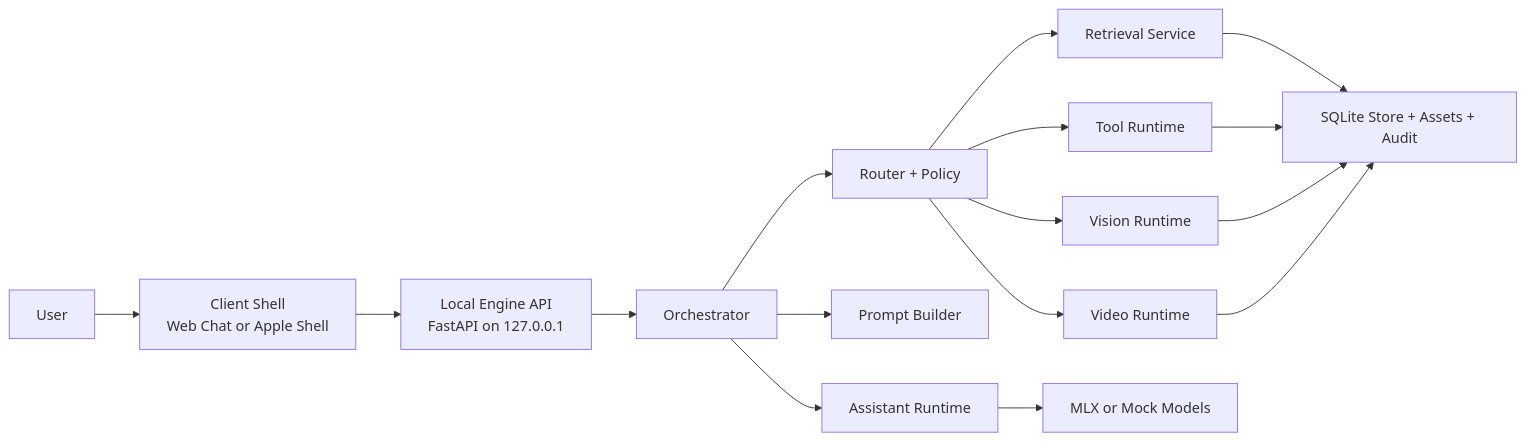
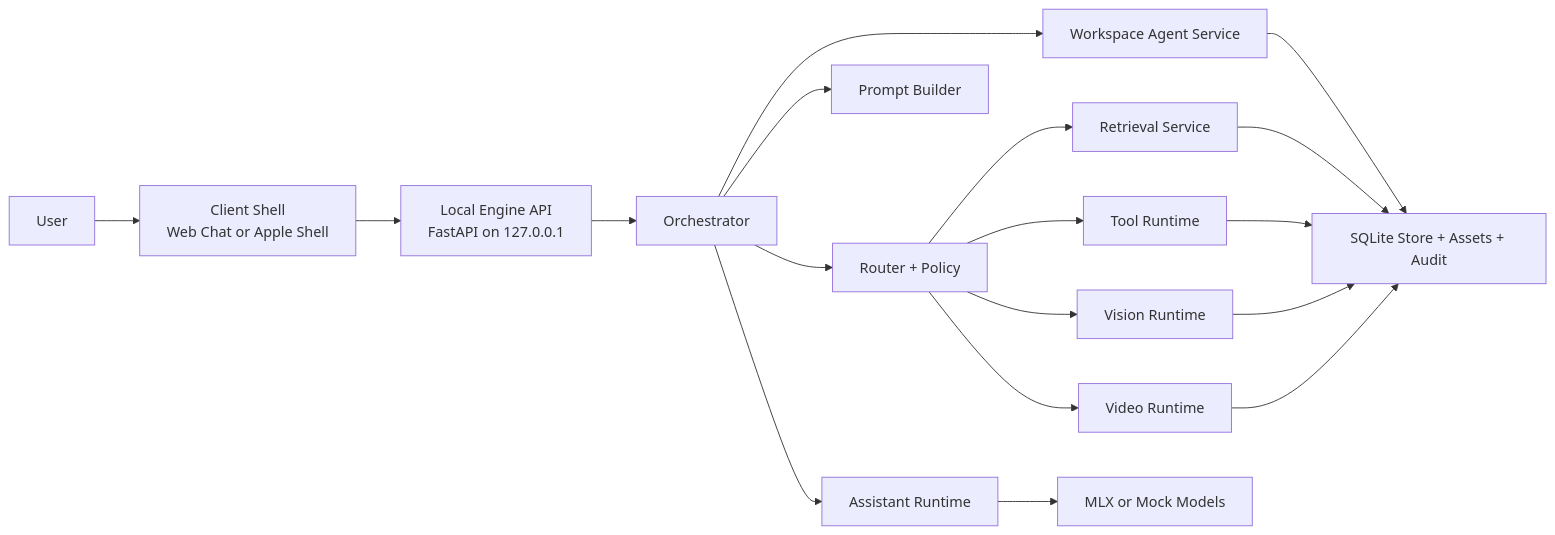
The first of 6 diagrams in README.md (CheickDiakite-yikes/gemma-local-expert), drawn with Mermaid before and after one commit. The commit also changed other lines of this file and 28 other files, not shown here.

Commit message:
Add workspace agent runs and approval editing

````diff
--- a/README.md
+++ b/README.md
@@ -154,18 +154,20 @@
 ```mermaid
 flowchart LR
     User["User"] --> Client["Client Shell<br/>Web Chat or Apple Shell"]
     Client --> API["Local Engine API<br/>FastAPI on 127.0.0.1"]
     API --> Orchestrator["Orchestrator"]
     Orchestrator --> Router["Router + Policy"]
+    Orchestrator --> Agent["Workspace Agent Service"]
     Orchestrator --> Prompt["Prompt Builder"]
     Router --> Retrieval["Retrieval Service"]
     Router --> Vision["Vision Runtime"]
     Router --> Video["Video Runtime"]
     Router --> Tools["Tool Runtime"]
     Orchestrator --> Runtime["Assistant Runtime"]
+    Agent --> Store["SQLite Store + Assets + Audit"]
     Retrieval --> Store["SQLite Store + Assets + Audit"]
     Tools --> Store
     Vision --> Store
     Video --> Store
     Runtime --> Models["MLX or Mock Models"]
 ```
````
